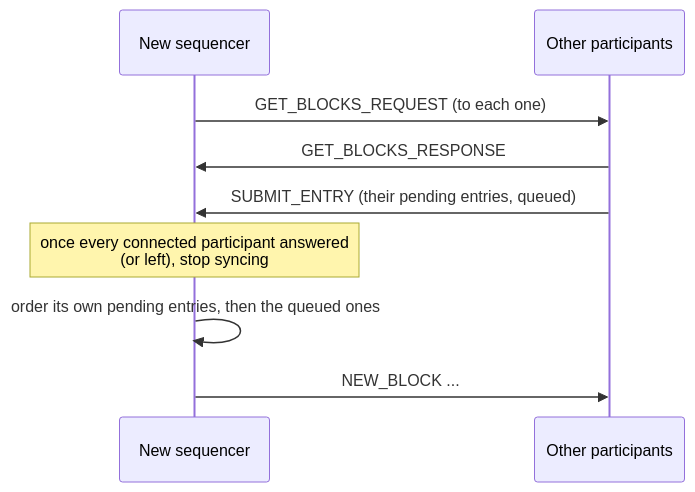
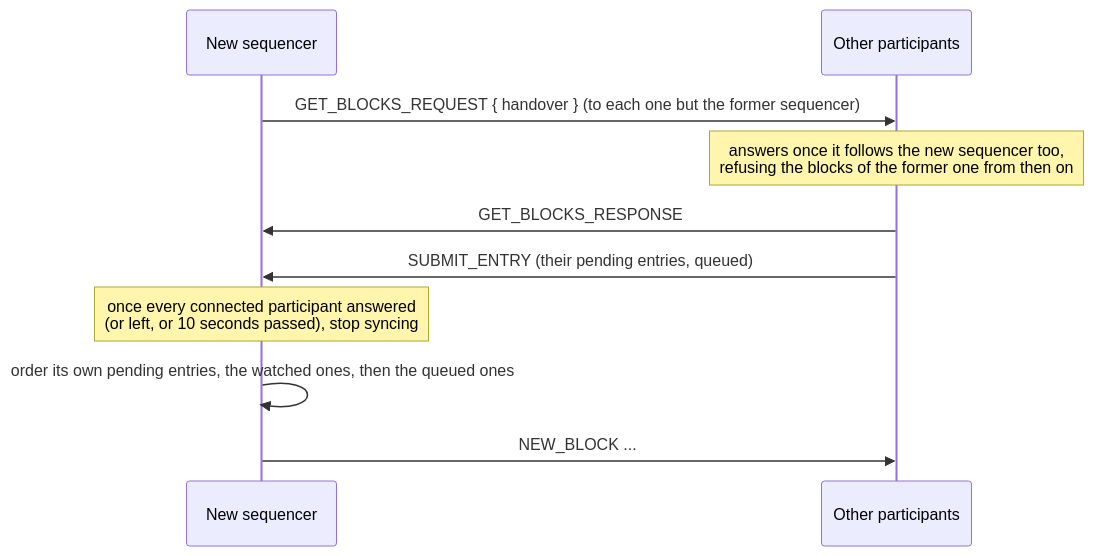
One commit to Steins-fr/synchronous-chess changed the third of 3 diagrams in documentation/blockchain-and-anti-cheat.md. Above: the diagram before and after it, drawn with Mermaid. The commit also changed other lines of this file, not shown here.

First line of the commit message:
docs: document the handover collection, the sequencer state and the reloads

````diff
--- a/documentation/blockchain-and-anti-cheat.md
+++ b/documentation/blockchain-and-anti-cheat.md
@@ -198,11 +201,12 @@
 ```mermaid
 sequenceDiagram
     participant N as New sequencer
     participant O as Other participants
-    N->>O: GET_BLOCKS_REQUEST (to each one)
+    N->>O: GET_BLOCKS_REQUEST { handover } (to each one but the former sequencer)
+    Note over O: answers once it follows the new sequencer too,<br/>refusing the blocks of the former one from then on
     O->>N: GET_BLOCKS_RESPONSE
     O->>N: SUBMIT_ENTRY (their pending entries, queued)
-    Note over N: once every connected participant answered<br/>(or left), stop syncing
-    N->>N: order its own pending entries, then the queued ones
+    Note over N: once every connected participant answered<br/>(or left, or 10 seconds passed), stop syncing
+    N->>N: order its own pending entries, the watched ones, then the queued ones
     N->>O: NEW_BLOCK ...
 ```
````
